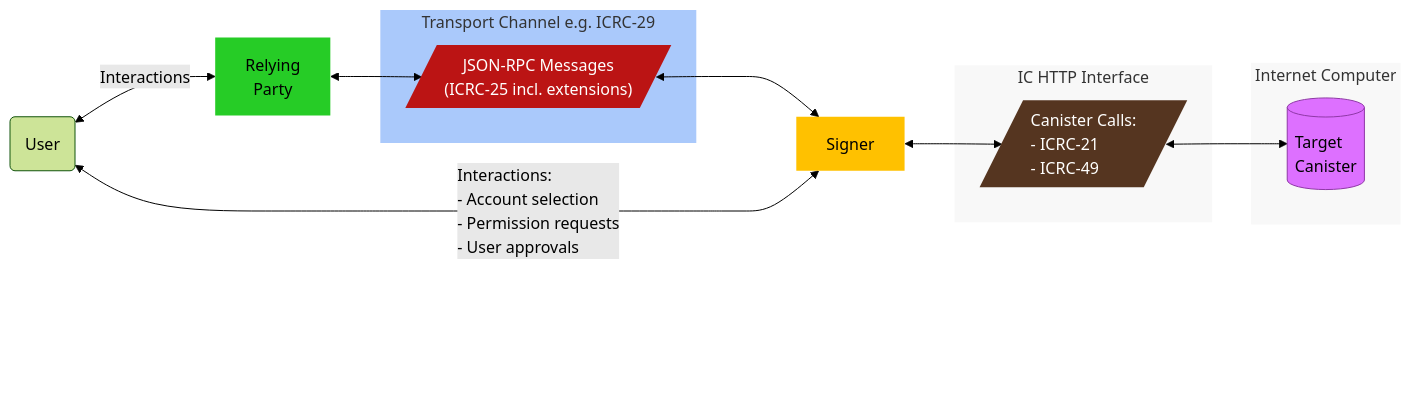
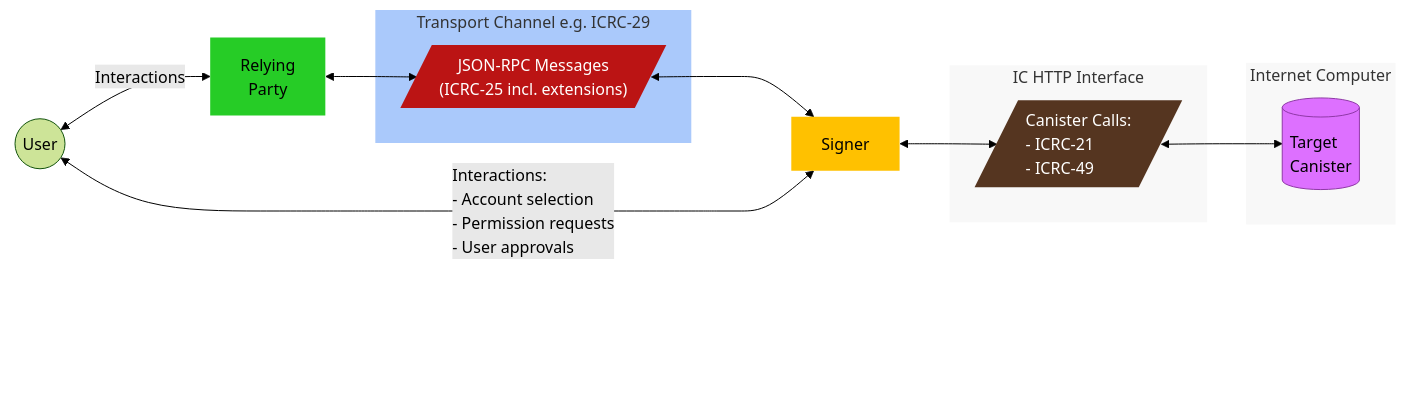
Before and after one commit to dfinity/wg-identity-authentication: the diagram in topics/signer_standards_overview.md, drawn with Mermaid (forest theme).

Commit message:
Update shape

````diff
--- a/topics/signer_standards_overview.md
+++ b/topics/signer_standards_overview.md
@@ -9,40 +9,40 @@
 ```mermaid
 graph LR
     RP[Relying<br>Party]
-    User(User)
+    User((User))
     Signer[Signer]
     Canister[(Target<br>Canister)]
     Messages[/"JSON-RPC Messages<br>(ICRC-25 incl. extensions)"/]
     Calls[/Canister Calls:<br>- ICRC-21<br>- ICRC-49/]
 
     subgraph Transport["Transport#nbsp;Channel#nbsp;e.g.#nbsp;ICRC#8209;29"]
         Messages
     end
 
     subgraph HTTP[IC HTTP Interface]
         Calls
     end
 
     subgraph IC["Internet Computer"]
         Canister
     end
 
     RP <--> Messages <---> Signer
     Signer <--> Calls <--> Canister
     User <-- Interactions:<br>- Account selection<br>- Permission requests<br>- User approvals --> Signer
     User <-- Interactions --> RP
     
     %% Padding so that GitHub controls don't overlap graph
     BottomPadding["<br><br><br><br><br><br>"]
     
     style RP fill:#26cc26,stroke:transparent,color:#000001
     style Transport fill:#025df255,stroke:transparent
     style Messages fill:#bb1414,stroke:transparent,color:#fffffe
     style Signer fill:#ffc100,stroke:transparent,color:#000001
     style HTTP fill:#cccccc22,stroke:transparent
     style IC fill:#cccccc22,stroke:transparent
     style Calls fill:#553520,text-align:left,stroke:transparent,color:#fffffe
     style Canister fill:#dd70ff,text-align:left,stroke:#8f38a7,color:#000001
     style BottomPadding fill:transparent,stroke:transparent
     linkStyle 4 text-align:left
 ```
````
